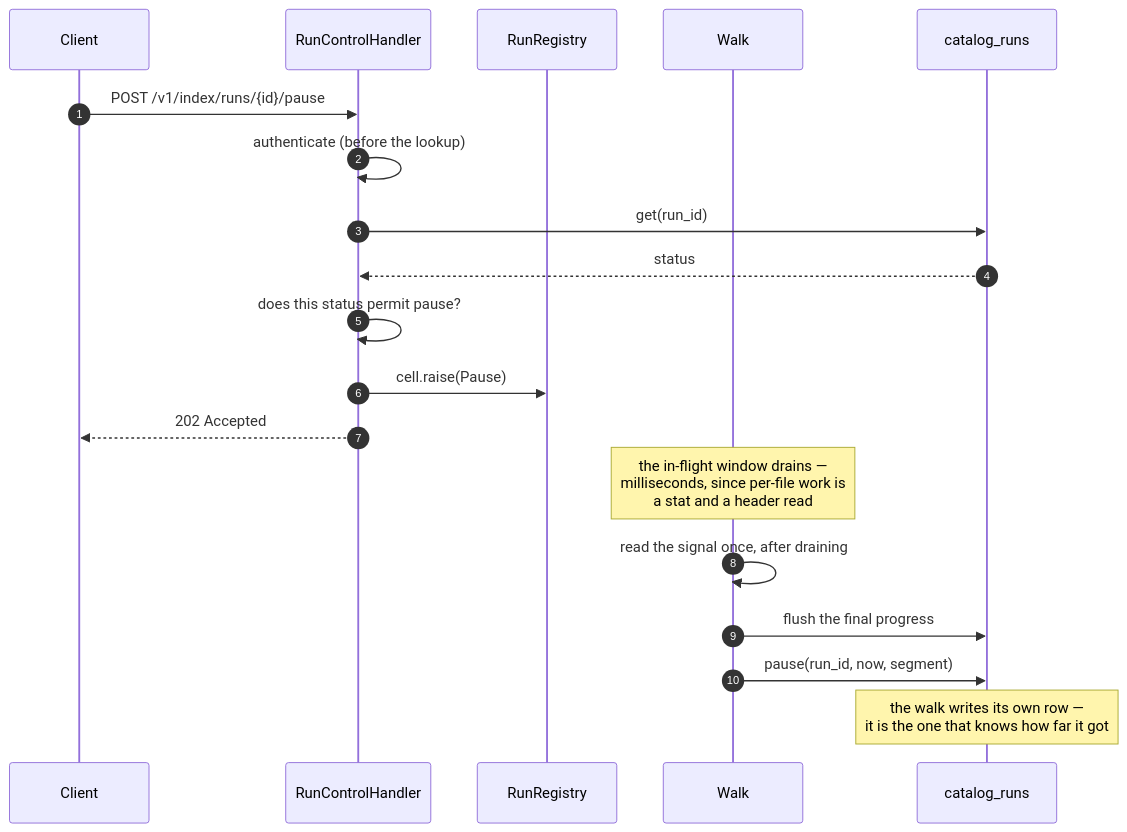
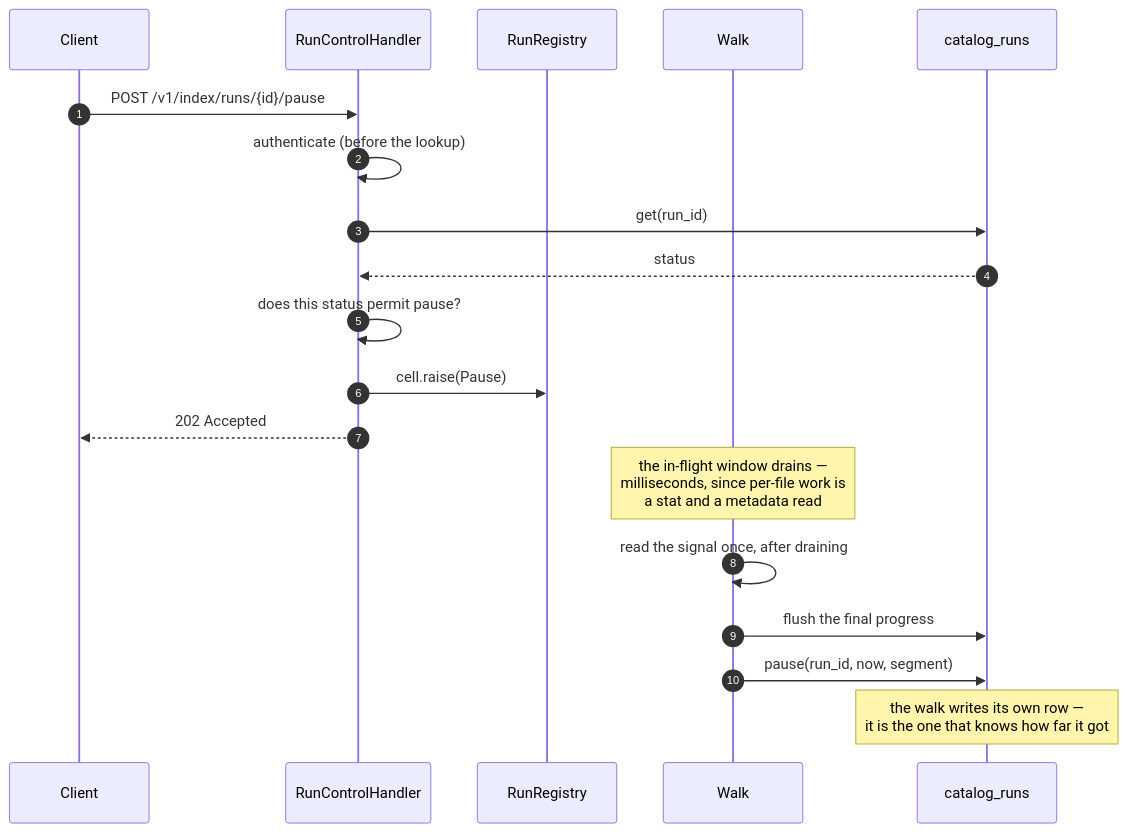
Before and after one commit to artur-rios/alexandria-api: the seventh of 12 diagrams in docs/System Behavior Document.md, drawn with Mermaid. The commit also changed other lines of this file and 13 other files, not shown here.

````diff
--- a/docs/System Behavior Document.md
+++ b/docs/System Behavior Document.md
@@ -505,22 +505,22 @@
 ```mermaid
 sequenceDiagram
     autonumber
     participant CL as Client
     participant RC as RunControlHandler
     participant REG as RunRegistry
     participant W as Walk
     participant R as catalog_runs
 
     CL->>RC: POST /v1/index/runs/{id}/pause
     RC->>RC: authenticate (before the lookup)
     RC->>R: get(run_id)
     R-->>RC: status
     RC->>RC: does this status permit pause?
     RC->>REG: cell.raise(Pause)
     RC-->>CL: 202 Accepted
-    Note over W: the in-flight window drains —<br/>milliseconds, since per-file work is<br/>a stat and a header read
+    Note over W: the in-flight window drains —<br/>milliseconds, since per-file work is<br/>a stat and a metadata read
     W->>W: read the signal once, after draining
     W->>R: flush the final progress
     W->>R: pause(run_id, now, segment)
     Note over R: the walk writes its own row —<br/>it is the one that knows how far it got
 ```
````
